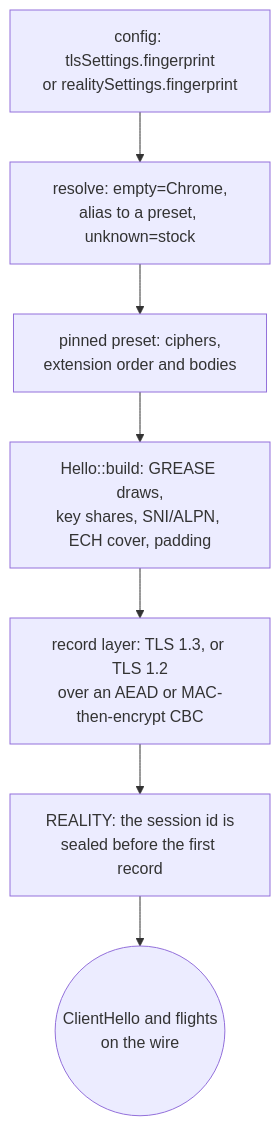
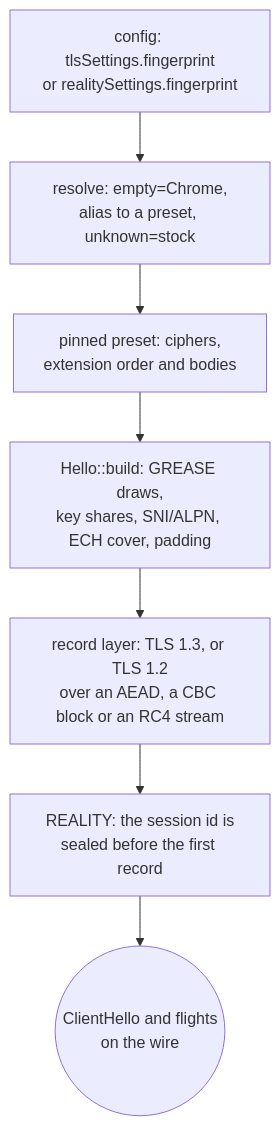
One commit to Ferrocite/ferrox changed the diagram in docs/function/security-utls.md. Above: the diagram before and after it, drawn with Mermaid. The commit also changed other lines of this file and 7 other files, not shown here.

````diff
--- a/docs/function/security-utls.md
+++ b/docs/function/security-utls.md
@@ -9,9 +9,9 @@
 ```mermaid
 graph TD
     C["config: tlsSettings.fingerprint<br/>or realitySettings.fingerprint"] --> R["resolve: empty=Chrome,<br/>alias to a preset, unknown=stock"]
     R --> P["pinned preset: ciphers,<br/>extension order and bodies"]
     P --> B["Hello::build: GREASE draws,<br/>key shares, SNI/ALPN, ECH cover, padding"]
-    B --> S["record layer: TLS 1.3, or TLS 1.2<br/>over an AEAD or MAC-then-encrypt CBC"]
+    B --> S["record layer: TLS 1.3, or TLS 1.2<br/>over an AEAD, a CBC block or an RC4 stream"]
     S --> F["REALITY: the session id is<br/>sealed before the first record"]
     F --> W(("ClientHello and flights<br/>on the wire"))
 ```
````
